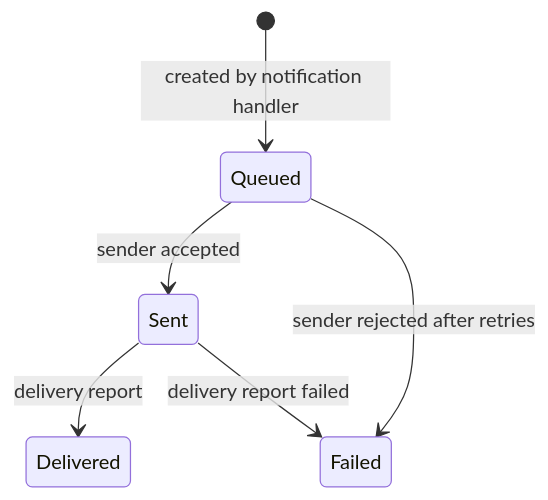
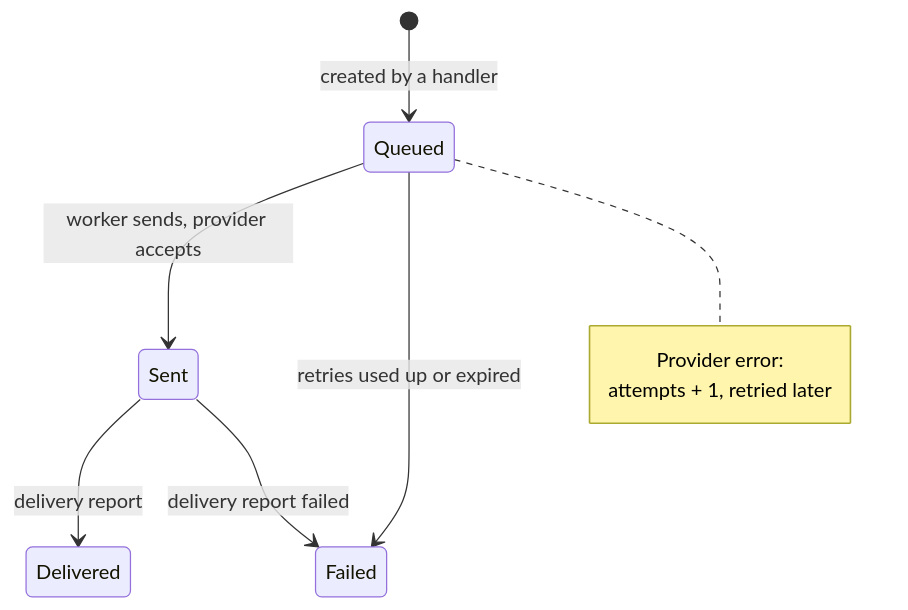
One commit to ring9834/TableReservation changed the ninth of 27 diagrams in docs/Design.md. Above: the diagram before and after it, drawn with Mermaid. The commit also changed other lines of this file, not shown here.

First line of the commit message:
docs(design): add MessageDeliveryWorker; PostgreSQL as the message queue (§7.1)

````diff
--- a/docs/Design.md
+++ b/docs/Design.md
@@ -482,8 +488,12 @@
 ```mermaid
 stateDiagram-v2
-    [*] --> Queued: created by notification handler
-    Queued --> Sent: sender accepted
+    [*] --> Queued: created by a handler
+    Queued --> Sent: worker sends, provider accepts
     Sent --> Delivered: delivery report
-    Queued --> Failed: sender rejected after retries
+    Queued --> Failed: retries used up or expired
     Sent --> Failed: delivery report failed
+    note right of Queued
+        Provider error:
+        attempts + 1, retried later
+    end note
 ```
````
